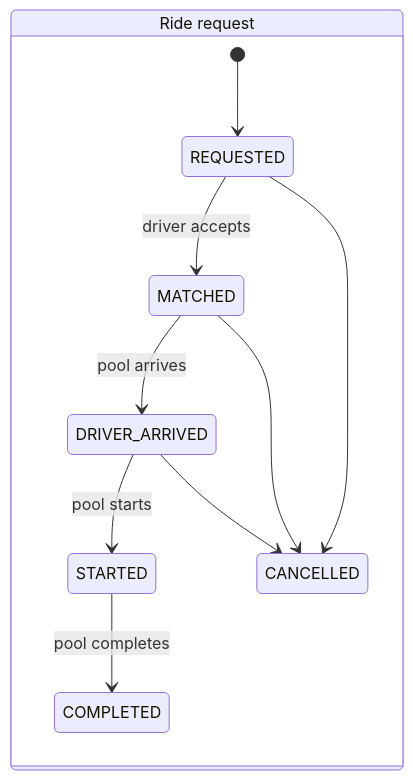
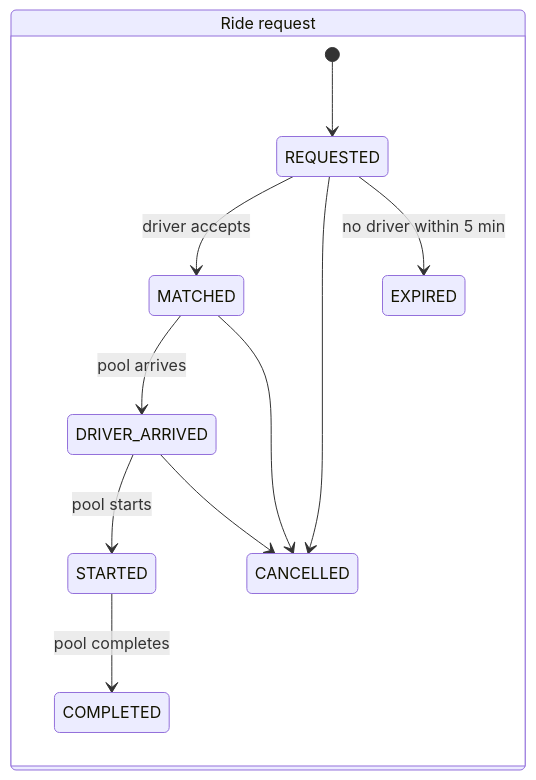
Before and after one commit to Bishal05das/Dhaka-Tesla-Pool: the first of 2 diagrams in docs/domain-rules.md, drawn with Mermaid. The commit also changed other lines of this file, not shown here.

````diff
--- a/docs/domain-rules.md
+++ b/docs/domain-rules.md
@@ -28,14 +28,15 @@
 ```mermaid
 stateDiagram-v2
     direction LR
     state "Ride request" as RR {
         [*] --> REQUESTED
         REQUESTED --> MATCHED: driver accepts
         MATCHED --> DRIVER_ARRIVED: pool arrives
         DRIVER_ARRIVED --> STARTED: pool starts
         STARTED --> COMPLETED: pool completes
         REQUESTED --> CANCELLED
+        REQUESTED --> EXPIRED: no driver within 5 min
         MATCHED --> CANCELLED
         DRIVER_ARRIVED --> CANCELLED
     }
 ```
````
